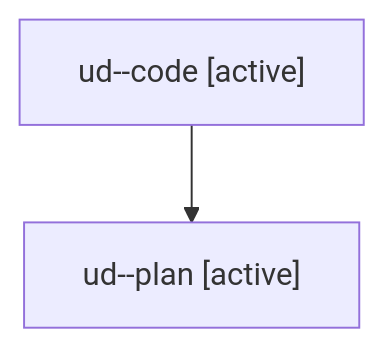
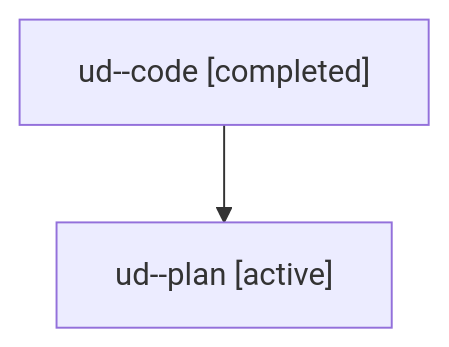
One commit to sase-org/sase--agents changed the diagram in families/bbugyi200.athena.ud.md. Above: the diagram before and after it, drawn with Mermaid. The commit also changed other lines of this file and 4556 other files, not shown here.

````diff
--- a/families/bbugyi200.athena.ud.md
+++ b/families/bbugyi200.athena.ud.md
@@ -9,6 +9,6 @@
 ```mermaid
 flowchart TD
-  n0["ud--code [active]"]
+  n0["ud--code [completed]"]
   n1["ud--plan [active]"]
   n0 --> n1
 ```
````
